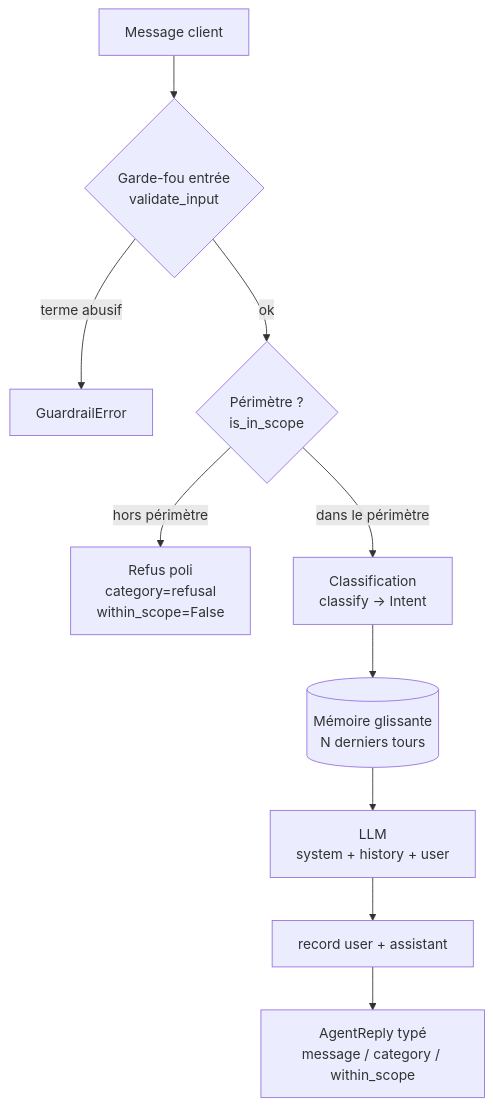
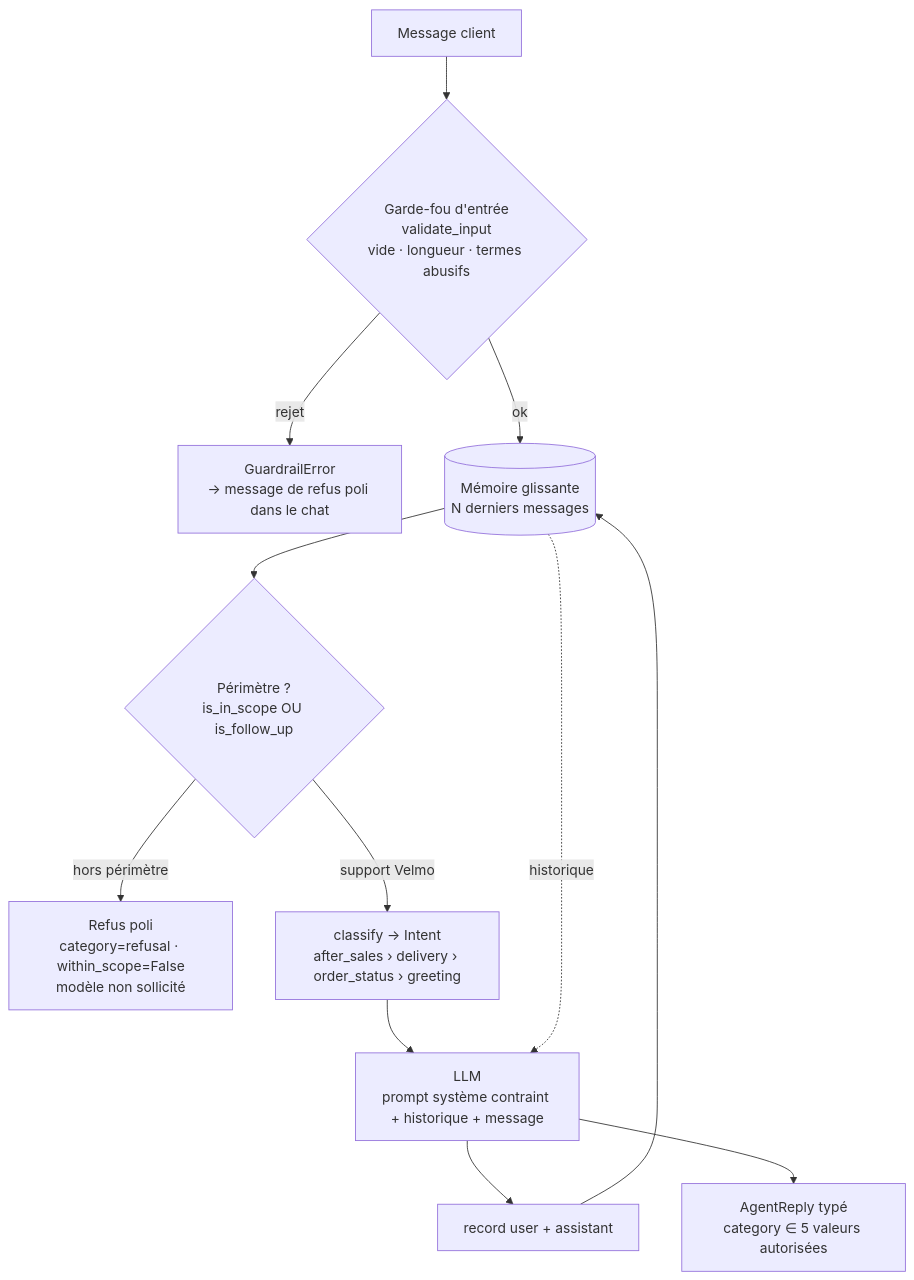
Before and after one commit to bybysker/velmo-agent-instable: the diagram in docs/note_de_diagnostic.md, drawn with Mermaid. The commit also changed other lines of this file and 16 other files, not shown here.

````diff
--- a/docs/note_de_diagnostic.md
+++ b/docs/note_de_diagnostic.md
@@ -35,12 +56,14 @@
 ```mermaid
 flowchart TD
-    U[Message client] --> G1{Garde-fou entrée<br/>validate_input}
-    G1 -- terme abusif --> R1[GuardrailError]
-    G1 -- ok --> S{Périmètre ?<br/>is_in_scope}
-    S -- hors périmètre --> R2[Refus poli<br/>category=refusal<br/>within_scope=False]
-    S -- dans le périmètre --> C[Classification<br/>classify → Intent]
-    C --> M[(Mémoire glissante<br/>N derniers tours)]
-    M --> L[LLM<br/>system + history + user]
+    U[Message client] --> G1{Garde-fou d'entrée<br/>validate_input<br/>vide · longueur · termes abusifs}
+    G1 -- rejet --> R1[GuardrailError<br/>→ message de refus poli dans le chat]
+    G1 -- ok --> M[(Mémoire glissante<br/>N derniers messages)]
+    M --> S{Périmètre ?<br/>is_in_scope OU is_follow_up}
+    S -- hors périmètre --> R2[Refus poli<br/>category=refusal · within_scope=False<br/>modèle non sollicité]
+    S -- support Velmo --> C[classify → Intent<br/>after_sales › delivery › order_status › greeting]
+    C --> L[LLM<br/>prompt système contraint + historique + message]
+    M -. historique .-> L
     L --> Rec[record user + assistant]
-    Rec --> O[AgentReply typé<br/>message / category / within_scope]
+    Rec --> M
+    L --> O[AgentReply typé<br/>category ∈ 5 valeurs autorisées]
 ```
````
